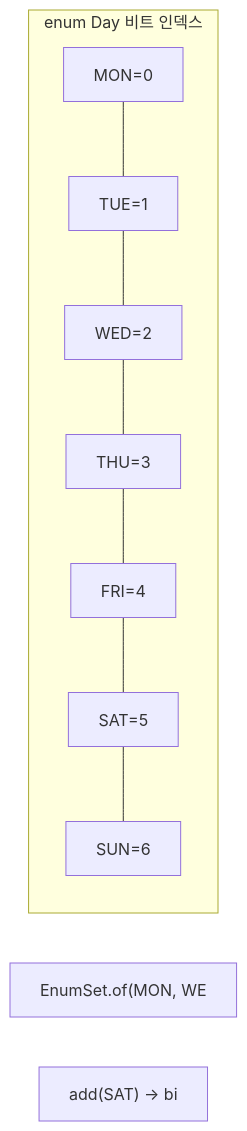
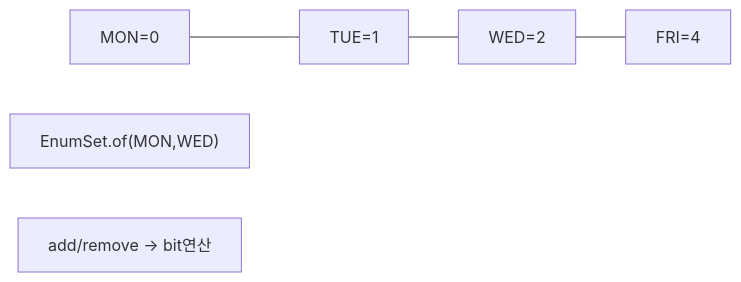
One commit to yjkim2015/yjkim2015.github.io changed the tenth of 21 diagrams in _posts/java/2026-05-01-java-collections.md. Above: the diagram before and after it, drawn with Mermaid. The commit also changed other lines of this file and 155 other files, not shown here.

First line of the commit message:
Mermaid 전면 수정: subgraph 제거, participant/노드/줄수 축소 (342블록)

````diff
--- a/_posts/java/2026-05-01-java-collections.md
+++ b/_posts/java/2026-05-01-java-collections.md
@@ -416,8 +412,6 @@
 ```mermaid
 graph LR
-    subgraph "enum Day 비트 인덱스"
-        MON["MON=0"] --- TUE["TUE=1"] --- WED["WED=2"] --- THU["THU=3"] --- FRI["FRI=4"] --- SAT["SAT=5"] --- SUN["SUN=6"]
-    end
-    MASK["EnumSet.of(MON, WE"]
-    OPS["add(SAT)      → bi"]
+    MON["MON=0"] --- TUE["TUE=1"] --- WED["WED=2"] --- FRI["FRI=4"]
+    MASK["EnumSet.of(MON,WED)"]
+    OPS["add/remove → bit연산"]
 ```
````
